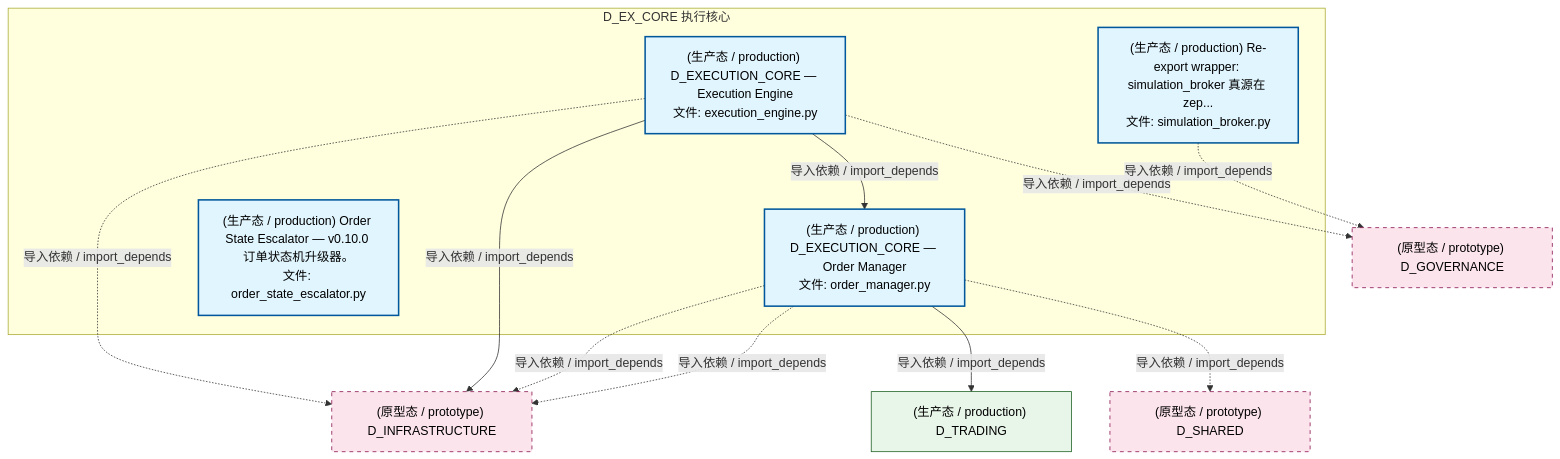
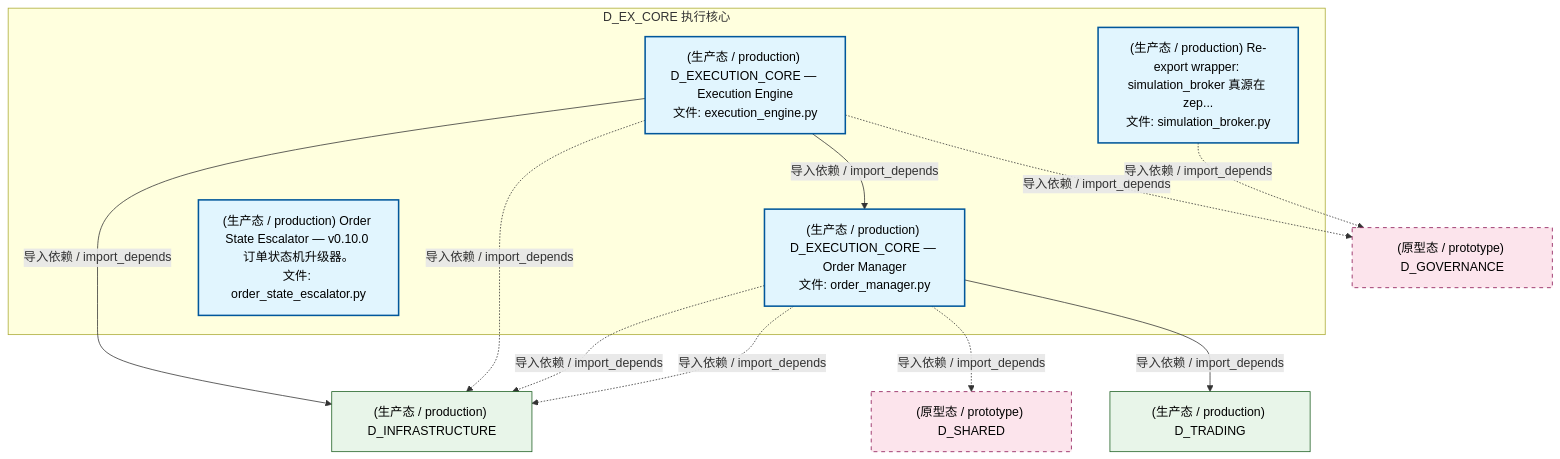
The second of 5 diagrams in docs/02_enterprise_architecture/02_domain_architecture_docs/34_d_ex_core.md (xuanFelixVan/ZephyrAlpha), drawn with Mermaid before and after one commit. The commit also changed other lines of this file and 85 other files, not shown here.

````diff
--- a/docs/02_enterprise_architecture/02_domain_architecture_docs/34_d_ex_core.md
+++ b/docs/02_enterprise_architecture/02_domain_architecture_docs/34_d_ex_core.md
@@ -126,29 +126,29 @@
 ```mermaid
 graph TD
     subgraph D_EX_CORE["D_EX_CORE 执行核心"]
         src_zephyr_ex_core_adapters_simulation_broker_py["(生产态 / production) Re-export wrapper: simulation_broker 真源在 zep...<br/>文件: simulation_broker.py"]
         src_zephyr_ex_core_execution_engine_py["(生产态 / production) D_EXECUTION_CORE — Execution Engine<br/>文件: execution_engine.py"]
         src_zephyr_ex_core_order_manager_py["(生产态 / production) D_EXECUTION_CORE — Order Manager<br/>文件: order_manager.py"]
         src_zephyr_governance_escalation_order_state_escalator_py["(生产态 / production) Order State Escalator — v0.10.0 订单状态机升级器。<br/>文件: order_state_escalator.py"]
     end
     src_zephyr_ex_core_execution_engine_py -->|导入依赖 / import_depends| src_zephyr_ex_core_order_manager_py
-    D_INFRASTRUCTURE["(原型态 / prototype) D_INFRASTRUCTURE"]
-    src_zephyr_ex_core_execution_engine_py -.->|导入依赖 / import_depends| D_INFRASTRUCTURE
+    D_INFRASTRUCTURE["(生产态 / production) D_INFRASTRUCTURE"]
+    src_zephyr_ex_core_execution_engine_py -->|导入依赖 / import_depends| D_INFRASTRUCTURE
     D_GOVERNANCE["(原型态 / prototype) D_GOVERNANCE"]
     src_zephyr_ex_core_execution_engine_py -.->|导入依赖 / import_depends| D_GOVERNANCE
-    src_zephyr_ex_core_execution_engine_py -->|导入依赖 / import_depends| D_INFRASTRUCTURE
-    src_zephyr_ex_core_order_manager_py -.->|导入依赖 / import_depends| D_INFRASTRUCTURE
-    src_zephyr_ex_core_order_manager_py -.->|导入依赖 / import_depends| D_INFRASTRUCTURE
+    src_zephyr_ex_core_execution_engine_py -.->|导入依赖 / import_depends| D_INFRASTRUCTURE
     D_TRADING["(生产态 / production) D_TRADING"]
     src_zephyr_ex_core_order_manager_py -->|导入依赖 / import_depends| D_TRADING
     D_SHARED["(原型态 / prototype) D_SHARED"]
     src_zephyr_ex_core_order_manager_py -.->|导入依赖 / import_depends| D_SHARED
+    src_zephyr_ex_core_order_manager_py -.->|导入依赖 / import_depends| D_INFRASTRUCTURE
+    src_zephyr_ex_core_order_manager_py -.->|导入依赖 / import_depends| D_INFRASTRUCTURE
     src_zephyr_ex_core_adapters_simulation_broker_py -.->|导入依赖 / import_depends| D_GOVERNANCE
     classDef production fill:#e1f5fe,stroke:#01579b,stroke-width:2px,color:#000
     classDef design fill:#fff3e0,stroke:#e65100,stroke-width:2px,color:#000,stroke-dasharray: 5 5
     classDef external_prod fill:#e8f5e9,stroke:#1b5e20,stroke-width:1px,color:#000
     classDef external_design fill:#fce4ec,stroke:#880e4f,stroke-width:1px,color:#000,stroke-dasharray: 5 5
     class src_zephyr_ex_core_adapters_simulation_broker_py,src_zephyr_ex_core_execution_engine_py,src_zephyr_ex_core_order_manager_py,src_zephyr_governance_escalation_order_state_escalator_py production
-    class D_TRADING external_prod
-    class D_INFRASTRUCTURE,D_GOVERNANCE,D_SHARED external_design
+    class D_INFRASTRUCTURE,D_TRADING external_prod
+    class D_GOVERNANCE,D_SHARED external_design
 ```
````
